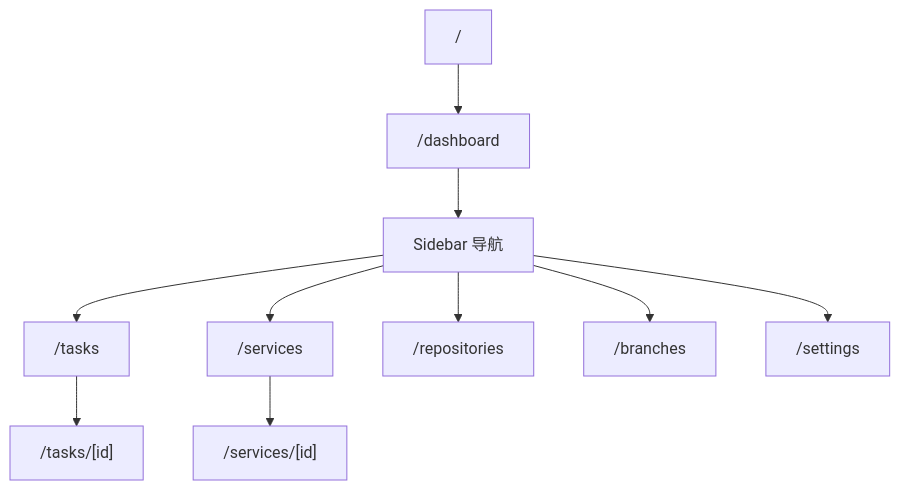
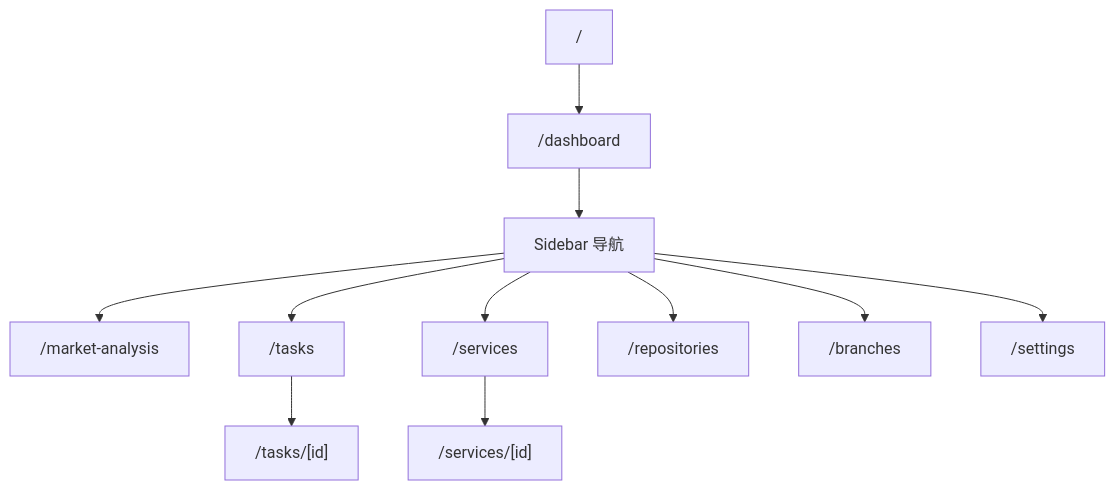
The first of 3 diagrams in README.md (ITfisher/kanban-board), drawn with Mermaid before and after one commit. The commit also changed other lines of this file and 14 other files, not shown here.

````diff
--- a/README.md
+++ b/README.md
@@ -116,12 +119,13 @@
 ```mermaid
 graph TD
   Root["/"] --> Dashboard["/dashboard"]
   Dashboard --> Sidebar["Sidebar 导航"]
+  Sidebar --> MarketAnalysis["/market-analysis"]
   Sidebar --> Tasks["/tasks"]
   Sidebar --> Services["/services"]
   Sidebar --> Repositories["/repositories"]
   Sidebar --> Branches["/branches"]
   Sidebar --> Settings["/settings"]
   Tasks --> TaskDetail["/tasks/[id]"]
   Services --> ServiceDetail["/services/[id]"]
 ```
````
